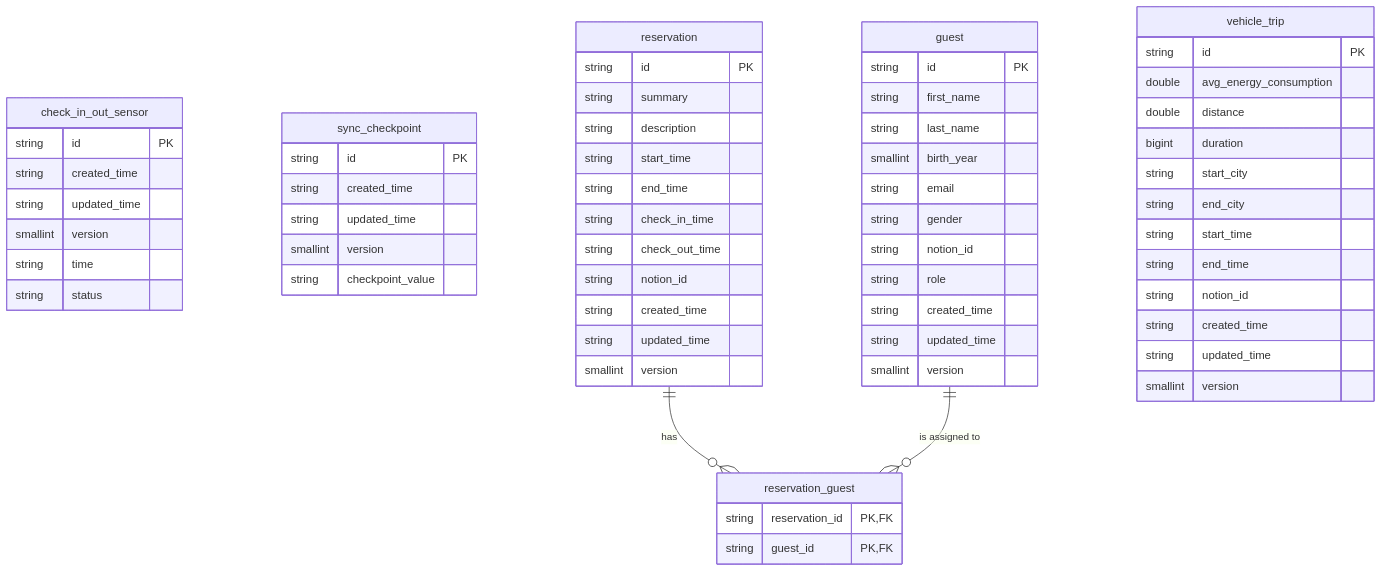
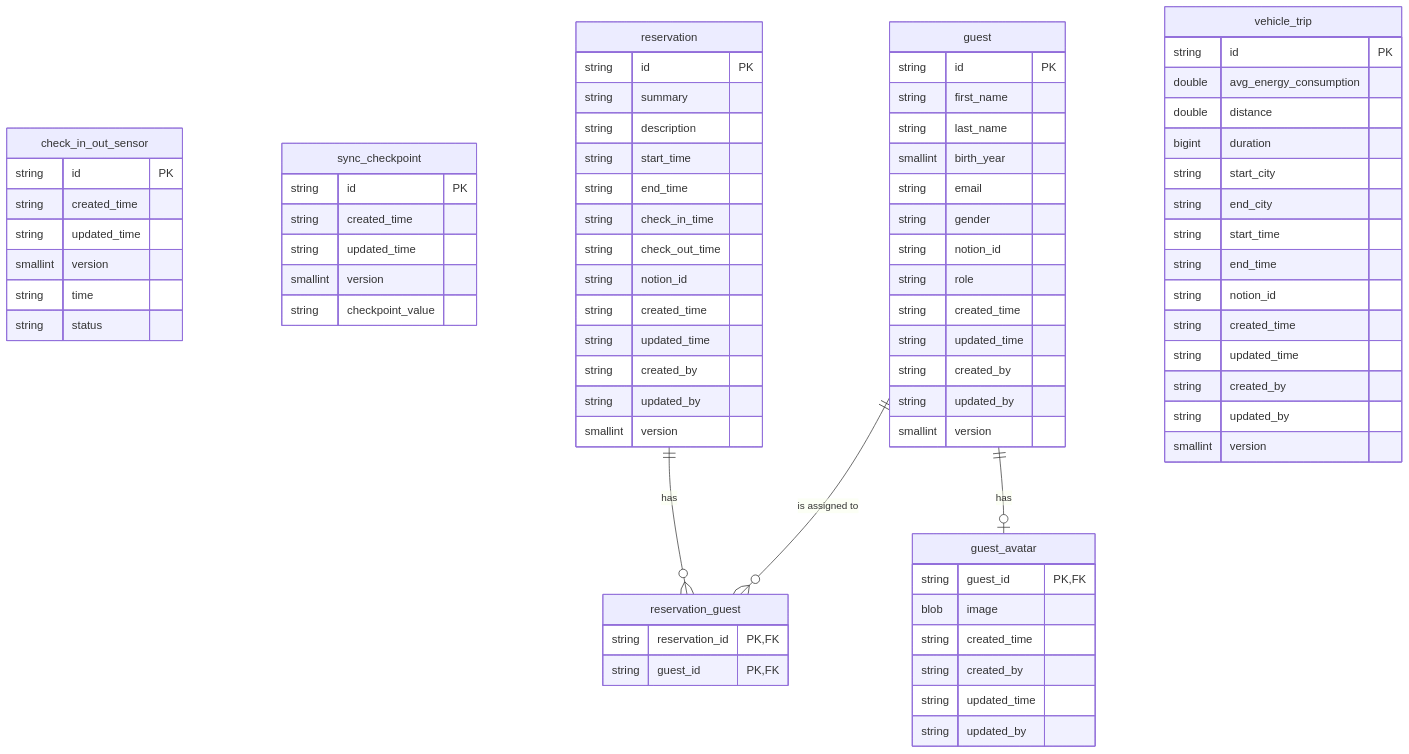
One commit to ismarslomic/cabin-visits-kotlin changed the diagram in docs/database_schema.md. Above: the diagram before and after it, drawn with Mermaid. The commit also changed other lines of this file and 32 other files, not shown here.

````diff
--- a/docs/database_schema.md
+++ b/docs/database_schema.md
@@ -30,6 +30,8 @@
         string role
         string created_time
         string updated_time
+        string created_by
+        string updated_by
         smallint version
     }
 
@@ -44,7 +46,18 @@
         string notion_id
         string created_time
         string updated_time
+        string created_by
+        string updated_by
         smallint version
+    }
+
+    guest_avatar {
+        string guest_id PK, FK
+        blob image
+        string created_time
+        string created_by
+        string updated_time
+        string updated_by
     }
 
     reservation_guest {
@@ -64,9 +77,12 @@
         string notion_id
         string created_time
         string updated_time
+        string created_by
+        string updated_by
         smallint version
     }
 
     reservation ||--o{ reservation_guest: "has"
     guest ||--o{ reservation_guest: "is assigned to"
+    guest ||--o| guest_avatar: "has"
 ```
````
